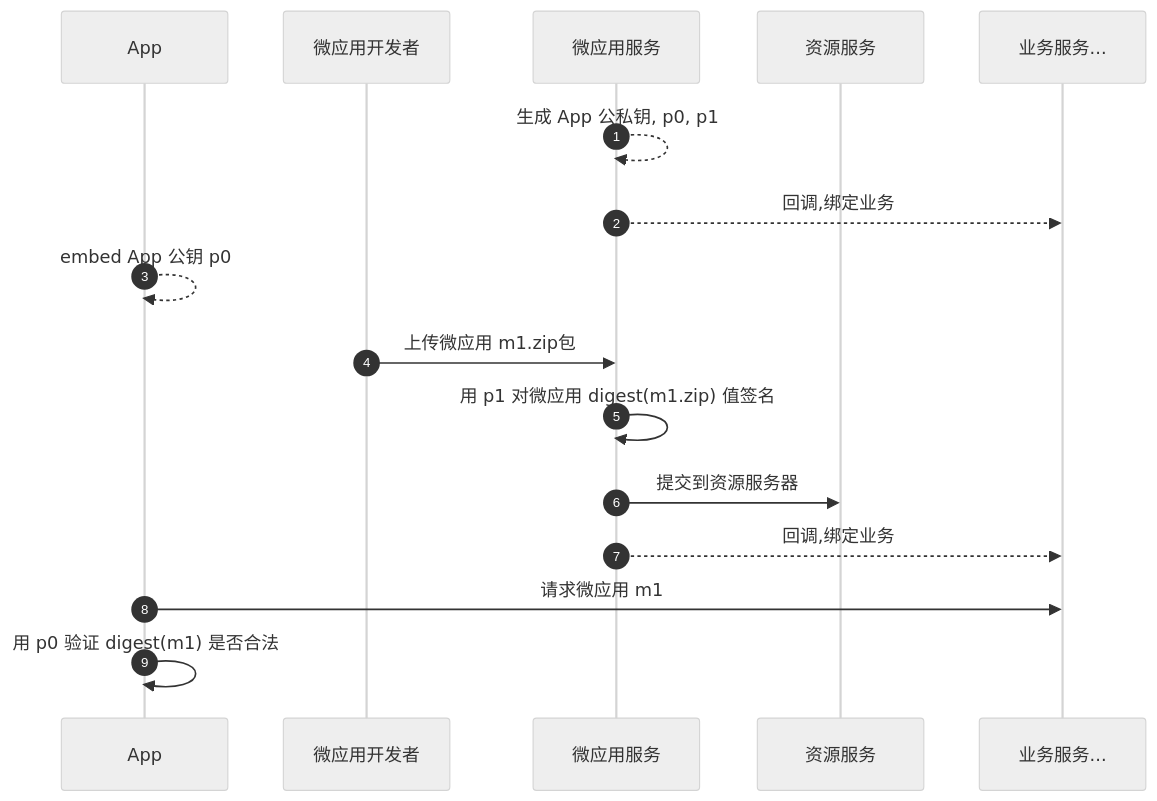
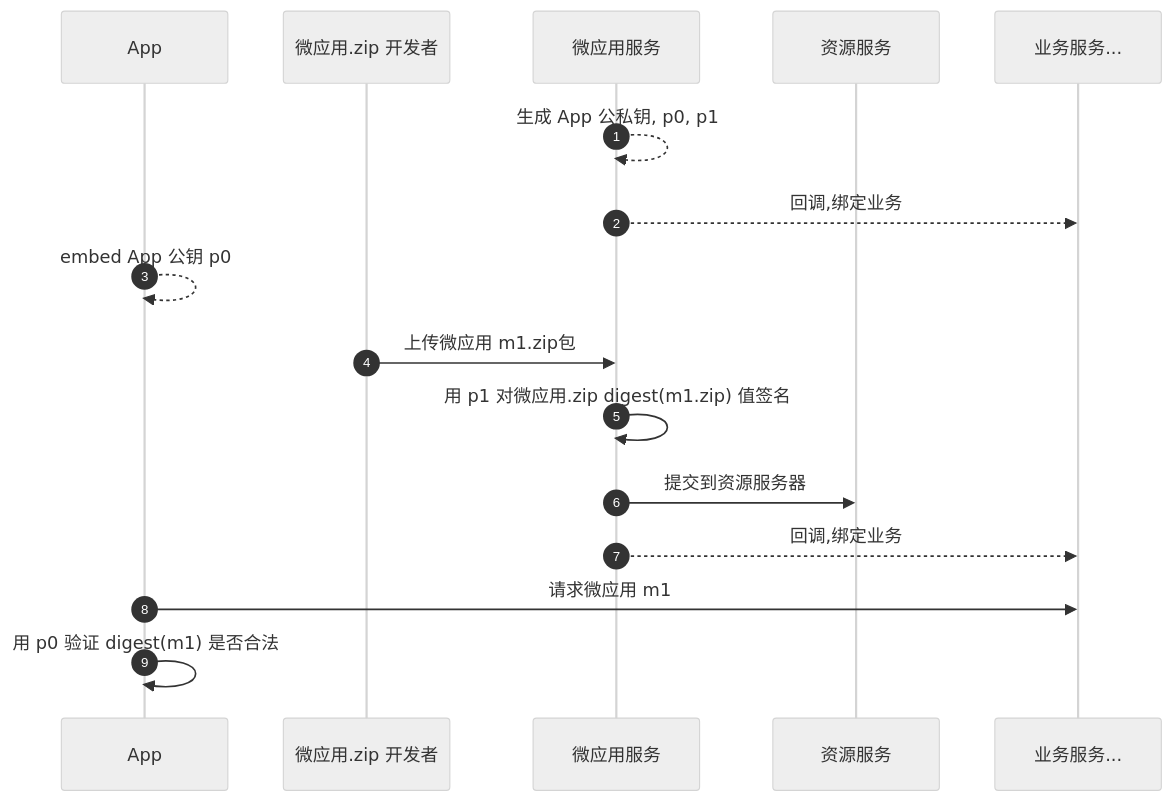
The first of 3 diagrams in modules/x-engine-docs/安全设计.md (zk4/x-engine), drawn with Mermaid (neutral theme) before and after one commit. The commit also changed other lines of this file and 1 other file, not shown here.

````diff
--- a/modules/x-engine-docs/安全设计.md
+++ b/modules/x-engine-docs/安全设计.md
@@ -25,20 +25,20 @@
 ``` mermaid
 sequenceDiagram
 	  autonumber
 	  participant a as App
-	  participant u as 微应用开发者  
+	  participant u as 微应用.zip 开发者  
     participant s as 微应用服务 
     participant r as 资源服务
     participant b as 业务服务...
    	s-->>s: 生成 App 公私钥, p0, p1
    	s-->>b: 回调,绑定业务
    	a-->>a: embed App 公钥 p0
    	u->>s: 上传微应用 m1.zip包
-   	s->>s: 用 p1 对微应用 digest(m1.zip) 值签名 
+   	s->>s: 用 p1 对微应用.zip digest(m1.zip) 值签名 
 	  s->>r: 提交到资源服务器
 	  s-->>b: 回调,绑定业务
 	  a->>b: 请求微应用 m1
 	  a->>a: 用 p0 验证 digest(m1) 是否合法
     
 
 ```
````
